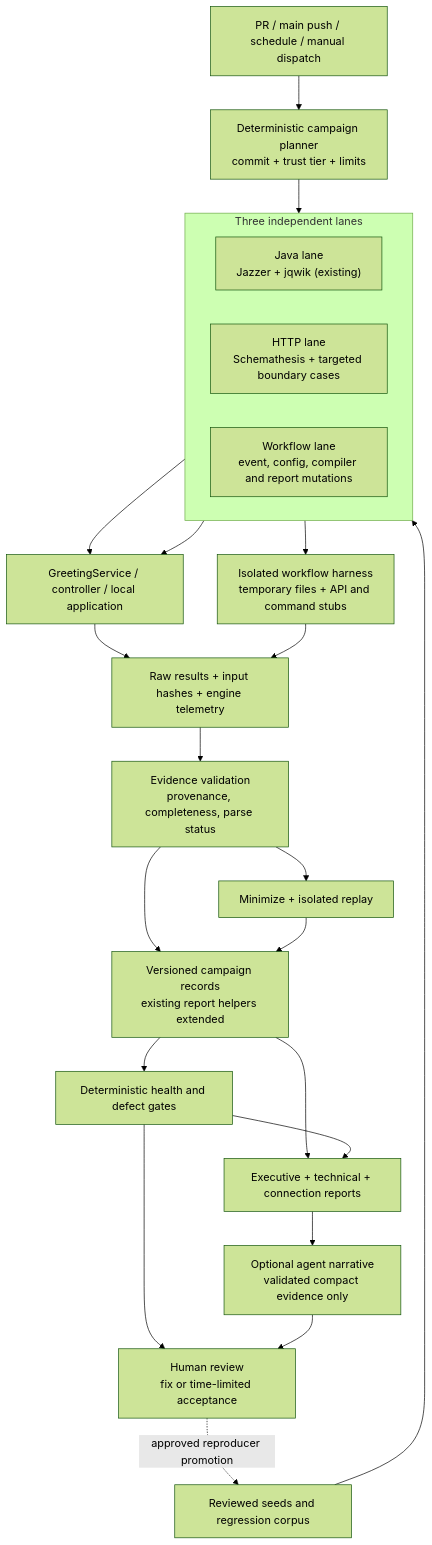
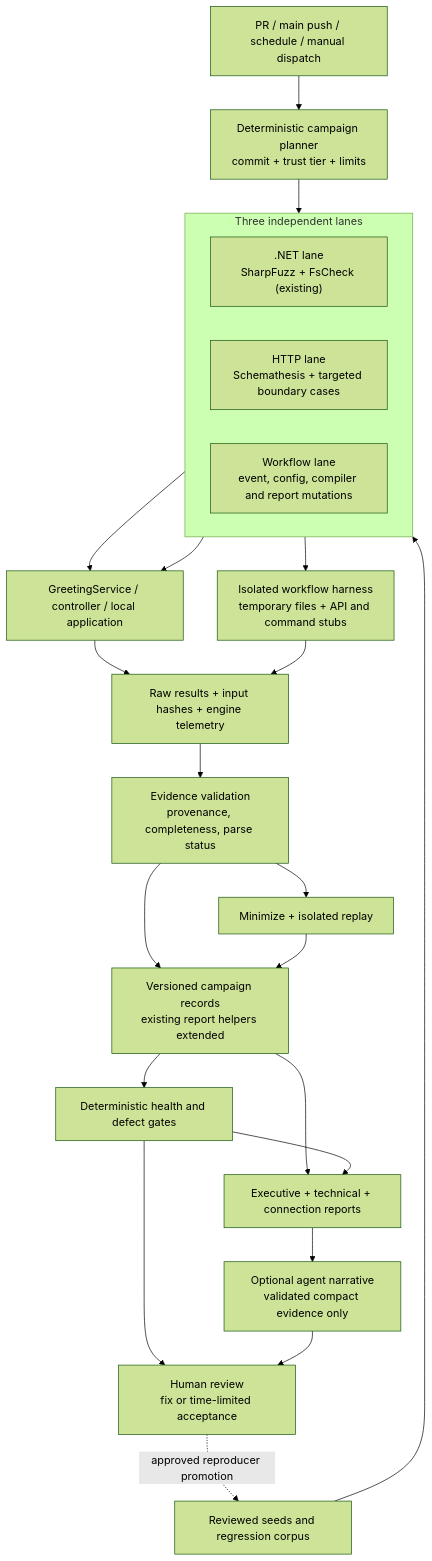
One commit to ChristianPresley/agentic-pipelines changed the first of 2 diagrams in docs/fuzzing-system-design.md. Above: the diagram before and after it, drawn with Mermaid (forest theme). The commit also changed other lines of this file and 104 other files, not shown here.

First line of the commit message:
feat/dotnet 11 app (#35)

````diff
--- a/docs/fuzzing-system-design.md
+++ b/docs/fuzzing-system-design.md
@@ -30,41 +30,41 @@
 ```mermaid
 flowchart TB
   Seeds["Reviewed seeds and regression corpus"]
   Events["PR / main push / schedule / manual dispatch"]
   Plan["Deterministic campaign planner<br/>commit + trust tier + limits"]
   subgraph Lanes["Three independent lanes"]
     direction LR
-    Java["Java lane<br/>Jazzer + jqwik (existing)"]
+    Dotnet[".NET lane<br/>SharpFuzz + FsCheck (existing)"]
     HTTP["HTTP lane<br/>Schemathesis + targeted boundary cases"]
     WF["Workflow lane<br/>event, config, compiler and report mutations"]
   end
   App["GreetingService / controller / local application"]
   Harness["Isolated workflow harness<br/>temporary files + API and command stubs"]
   Raw["Raw results + input hashes + engine telemetry"]
   Verify["Evidence validation<br/>provenance, completeness, parse status"]
   Replay["Minimize + isolated replay"]
   Normalize["Versioned campaign records<br/>existing report helpers extended"]
   Gate["Deterministic health and defect gates"]
   Reports["Executive + technical + connection reports"]
   Agent["Optional agent narrative<br/>validated compact evidence only"]
   Review["Human review<br/>fix or time-limited acceptance"]
   Events --> Plan
   Seeds --> Lanes
   Plan --> Lanes
-  Java --> App
+  Dotnet --> App
   HTTP --> App
   WF --> Harness
   App --> Raw
   Harness --> Raw
   Raw --> Verify
   Verify --> Replay
   Verify --> Normalize
   Replay --> Normalize
   Normalize --> Gate
   Normalize --> Reports
   Gate --> Reports
   Reports --> Agent
   Gate --> Review
   Agent --> Review
   Review -. "approved reproducer promotion" .-> Seeds
 ```
````
